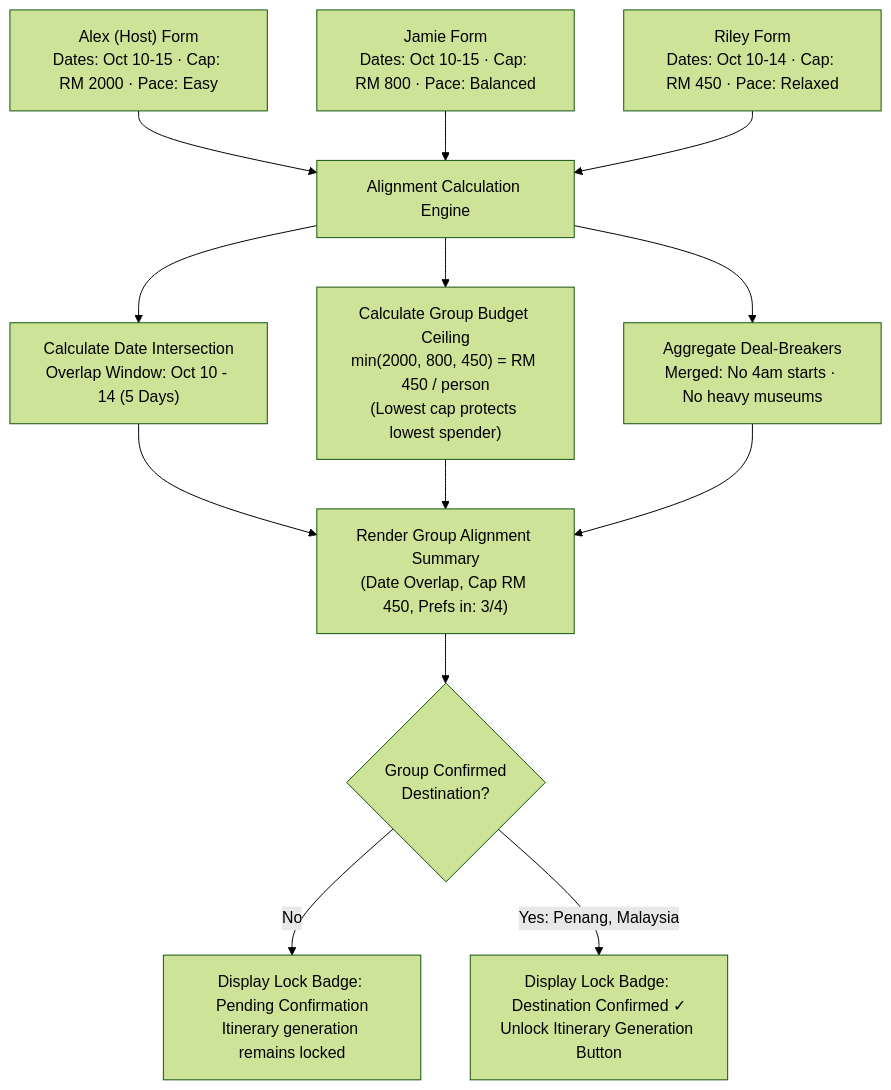
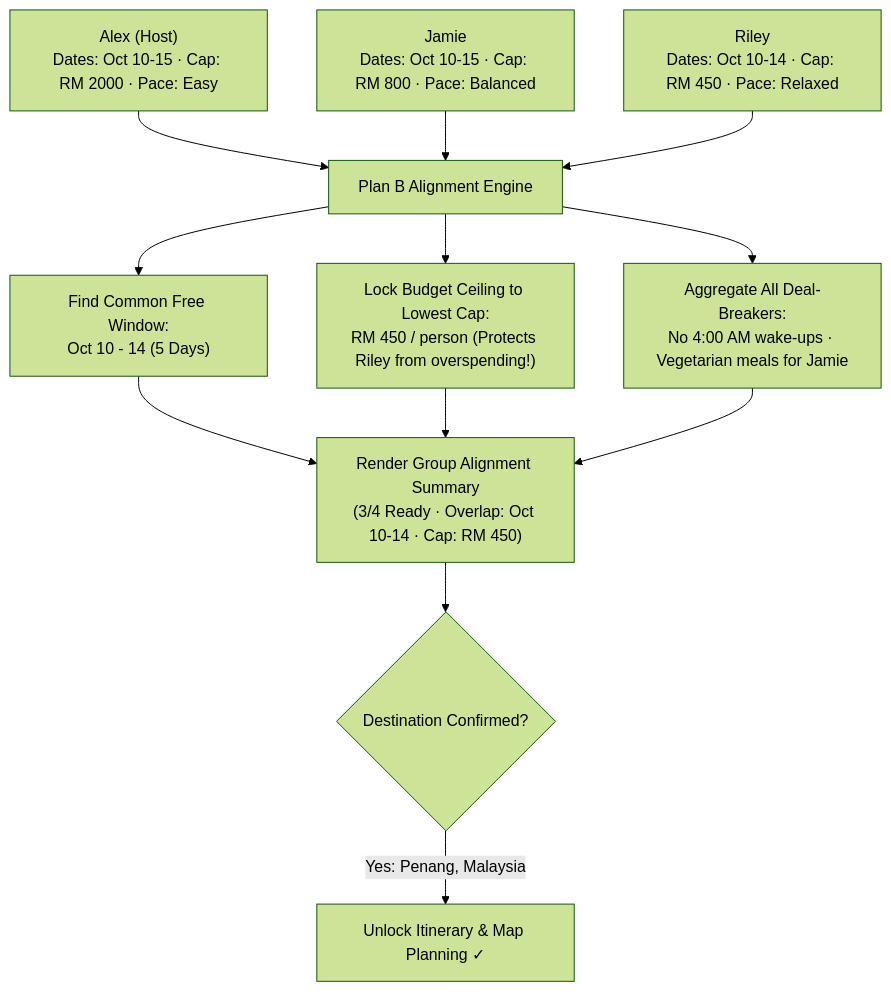
The fourth of 14 diagrams in README.md (nlzce/We-are-the-champions_Plan-B), drawn with Mermaid (forest theme) before and after one commit. The commit also changed other lines of this file, not shown here.

Commit message:
docs: simplify diagrams and narrative into plain, human-readable user flows while preserving tech stack

````diff
--- a/README.md
+++ b/README.md
@@ -295,18 +184,17 @@
 ```mermaid
 flowchart TD
-  M1["Alex (Host) Form<br/>Dates: Oct 10-15 · Cap: RM 2000 · Pace: Easy"] --> Engine["Alignment Calculation Engine"]
-  M2["Jamie Form<br/>Dates: Oct 10-15 · Cap: RM 800 · Pace: Balanced"] --> Engine
-  M3["Riley Form<br/>Dates: Oct 10-14 · Cap: RM 450 · Pace: Relaxed"] --> Engine
+  F1["Alex (Host)<br/>Dates: Oct 10-15 · Cap: RM 2000 · Pace: Easy"] --> MatchEngine["Plan B Alignment Engine"]
+  F2["Jamie<br/>Dates: Oct 10-15 · Cap: RM 800 · Pace: Balanced"] --> MatchEngine
+  F3["Riley<br/>Dates: Oct 10-14 · Cap: RM 450 · Pace: Relaxed"] --> MatchEngine
 
-  Engine --> CalcDate["Calculate Date Intersection<br/>Overlap Window: Oct 10 - 14 (5 Days)"]
-  Engine --> CalcCap["Calculate Group Budget Ceiling<br/>min(2000, 800, 450) = RM 450 / person<br/>(Lowest cap protects lowest spender)"]
-  Engine --> CalcBreakers["Aggregate Deal-Breakers<br/>Merged: No 4am starts · No heavy museums"]
+  MatchEngine --> Win["Find Common Free Window:<br/>Oct 10 - 14 (5 Days)"]
+  MatchEngine --> Cap["Lock Budget Ceiling to Lowest Cap:<br/>RM 450 / person (Protects Riley from overspending!)"]
+  MatchEngine --> Rules["Aggregate All Deal-Breakers:<br/>No 4:00 AM wake-ups · Vegetarian meals for Jamie"]
 
-  CalcDate --> AlignCard["Render Group Alignment Summary<br/>(Date Overlap, Cap RM 450, Prefs in: 3/4)"]
-  CalcCap --> AlignCard
-  CalcBreakers --> AlignCard
+  Win --> SummaryCard["Render Group Alignment Summary<br/>(3/4 Ready · Overlap: Oct 10-14 · Cap: RM 450)"]
+  Cap --> SummaryCard
+  Rules --> SummaryCard
 
-  AlignCard --> LockCheck{"Group Confirmed<br/>Destination?"}
-  LockCheck -->|No| Pending["Display Lock Badge: Pending Confirmation<br/>Itinerary generation remains locked"]
-  LockCheck -->|Yes: Penang, Malaysia| Locked["Display Lock Badge: Destination Confirmed ✓<br/>Unlock Itinerary Generation Button"]
+  SummaryCard --> ConfirmDest{"Destination Confirmed?"}
+  ConfirmDest -->|Yes: Penang, Malaysia| UnlockPlan["Unlock Itinerary & Map Planning ✓"]
 ```
````
